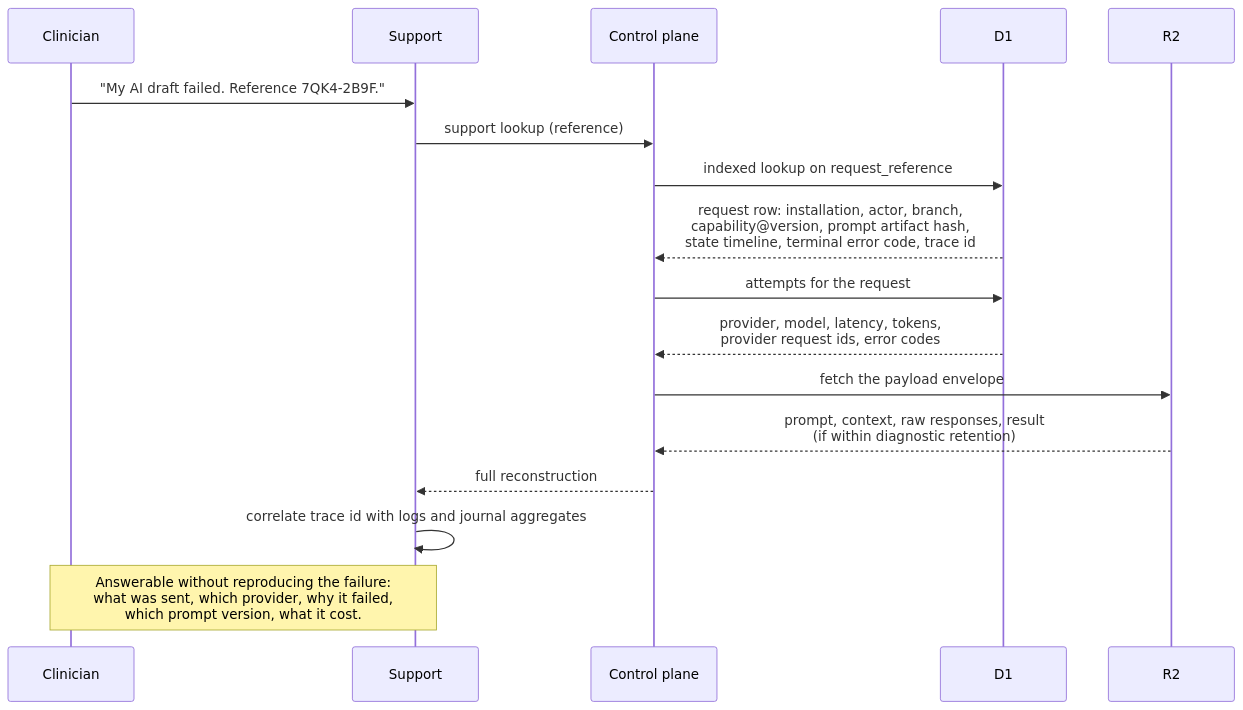
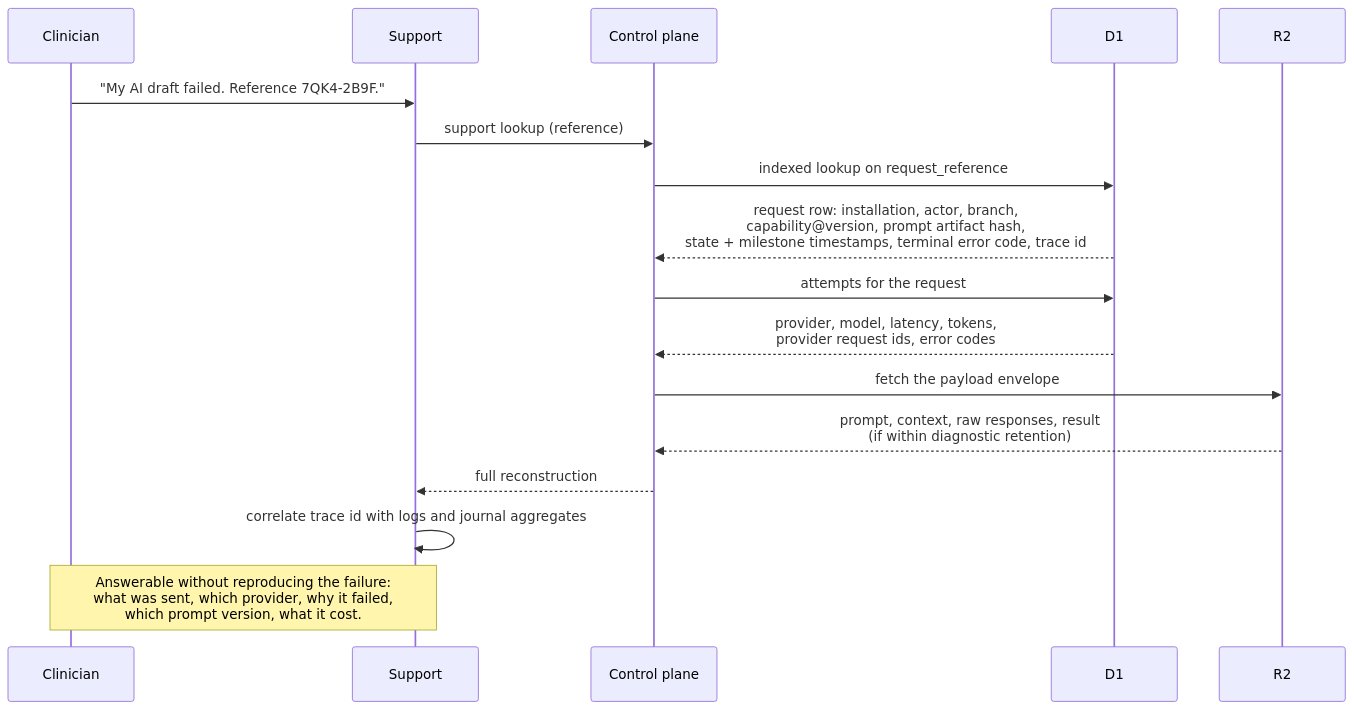
One commit to haythamosama95/AiClinic changed diagram 15 of 16 in docs/architecture/17-ai-platform.md. Above: the diagram before and after it, drawn with Mermaid. The commit also changed other lines of this file and 4 other files, not shown here.

````diff
--- a/docs/architecture/17-ai-platform.md
+++ b/docs/architecture/17-ai-platform.md
@@ -2407,20 +2426,20 @@
 ```mermaid
 sequenceDiagram
     participant U as Clinician
     participant SUP as Support
     participant GW as Control plane
     participant D1 as D1
     participant R2 as R2
 
     U->>SUP: "My AI draft failed. Reference 7QK4-2B9F."
     SUP->>GW: support lookup (reference)
     GW->>D1: indexed lookup on request_reference
-    D1-->>GW: request row: installation, actor, branch,<br/>capability@version, prompt artifact hash,<br/>state timeline, terminal error code, trace id
+    D1-->>GW: request row: installation, actor, branch,<br/>capability@version, prompt artifact hash,<br/>state + milestone timestamps, terminal error code, trace id
     GW->>D1: attempts for the request
     D1-->>GW: provider, model, latency, tokens,<br/>provider request ids, error codes
     GW->>R2: fetch the payload envelope
     R2-->>GW: prompt, context, raw responses, result<br/>(if within diagnostic retention)
     GW-->>SUP: full reconstruction
     SUP->>SUP: correlate trace id with logs and journal aggregates
     Note over SUP,U: Answerable without reproducing the failure:<br/>what was sent, which provider, why it failed,<br/>which prompt version, what it cost.
 ```
````
